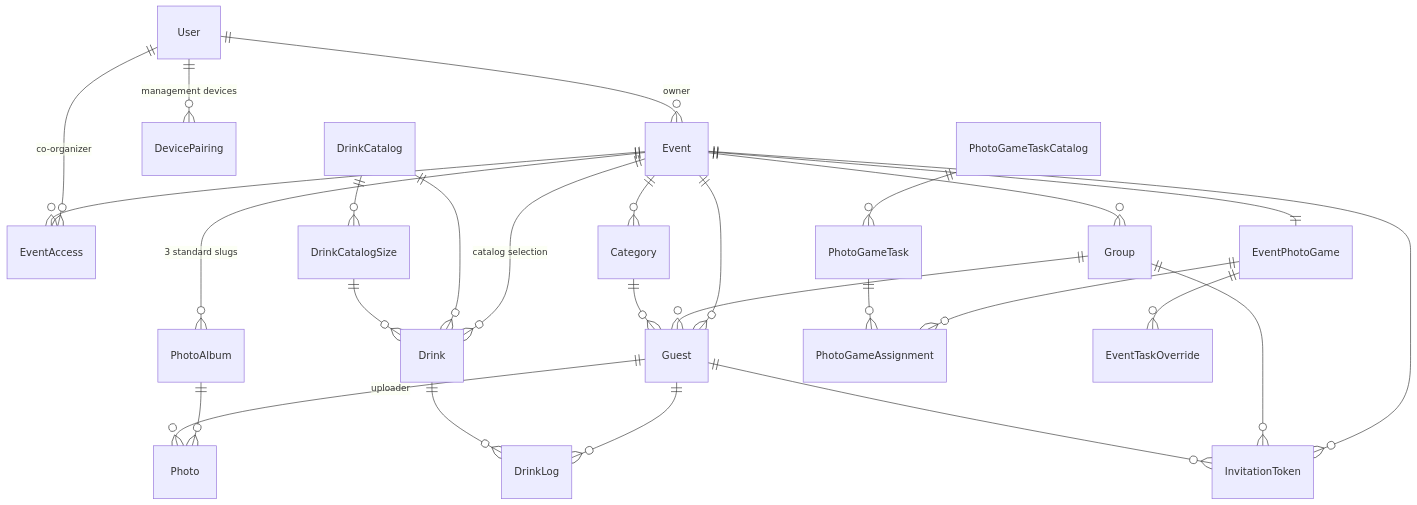
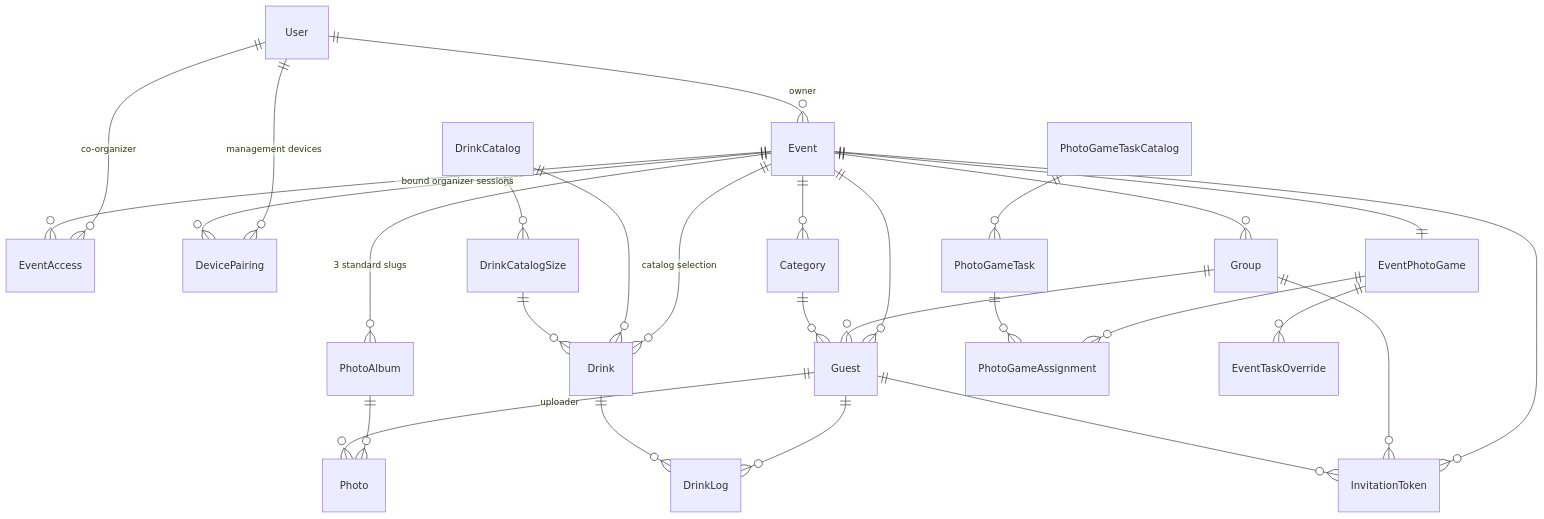
One commit to AHommrich/eventplaner changed the diagram in docs/ARCHITECTURE.md. Above: the diagram before and after it, drawn with Mermaid. The commit also changed other lines of this file and 47 other files, not shown here.

First line of the commit message:
feat(management): event-bound organizer sessions, media & access relocation

````diff
--- a/docs/ARCHITECTURE.md
+++ b/docs/ARCHITECTURE.md
@@ -13,34 +13,35 @@
 ```mermaid
 erDiagram
     User ||--o{ Event : "owner"
     User ||--o{ EventAccess : "co-organizer"
     User ||--o{ DevicePairing : "management devices"
+    Event ||--o{ DevicePairing : "bound organizer sessions"
     Event ||--o{ EventAccess : ""
 
     Event ||--o{ Guest : ""
     Event ||--o{ Group : ""
     Event ||--o{ Category : ""
     Group ||--o{ Guest : ""
     Category ||--o{ Guest : ""
 
     Event ||--o{ PhotoAlbum : "3 standard slugs"
     PhotoAlbum ||--o{ Photo : ""
     Guest ||--o{ Photo : "uploader"
 
     Event ||--o{ Drink : "catalog selection"
     DrinkCatalog ||--o{ DrinkCatalogSize : ""
     DrinkCatalog ||--o{ Drink : ""
     DrinkCatalogSize ||--o{ Drink : ""
     Guest ||--o{ DrinkLog : ""
     Drink ||--o{ DrinkLog : ""
 
     Event ||--|| EventPhotoGame : ""
     PhotoGameTaskCatalog ||--o{ PhotoGameTask : ""
     EventPhotoGame ||--o{ PhotoGameAssignment : ""
     PhotoGameTask ||--o{ PhotoGameAssignment : ""
     EventPhotoGame ||--o{ EventTaskOverride : ""
 
     Event ||--o{ InvitationToken : ""
     Group ||--o{ InvitationToken : ""
     Guest ||--o{ InvitationToken : ""
 ```
````
